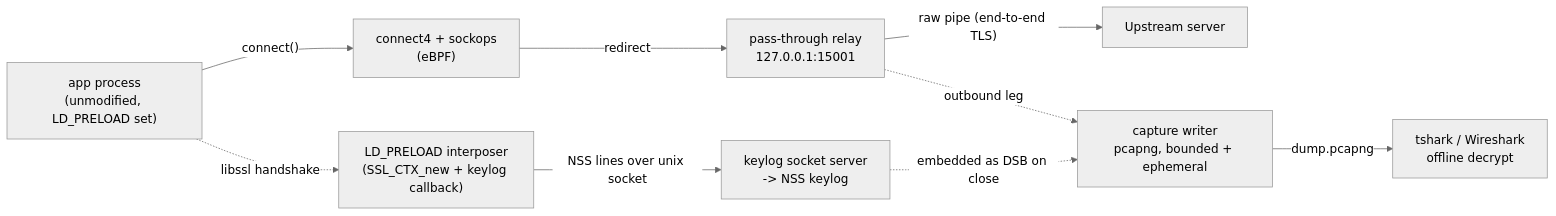
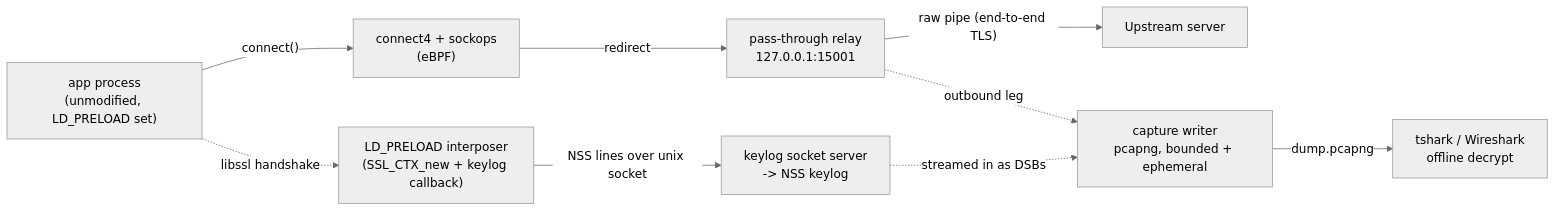
One commit to mesbrj/GO-eBPF-Proxy changed the first of 2 diagrams in README.md. Above: the diagram before and after it, drawn with Mermaid (neutral theme). The commit also changed other lines of this file and 4 other files, not shown here.

````diff
--- a/README.md
+++ b/README.md
@@ -48,11 +52,11 @@
 ```mermaid
 flowchart LR
     app["app process<br/>(unmodified, LD_PRELOAD set)"] -- "connect()" --> kern["connect4 + sockops<br/>(eBPF)"]
     kern -- "redirect" --> relay["pass-through relay<br/>127.0.0.1:15001"]
     relay -- "raw pipe (end-to-end TLS)" --> upstream["Upstream server"]
     relay -. "outbound leg" .-> capture["capture writer<br/>pcapng, bounded + ephemeral"]
     app -. "libssl handshake" .-> interposer["LD_PRELOAD interposer<br/>(SSL_CTX_new + keylog callback)"]
     interposer -- "NSS lines over unix socket" --> keylog["keylog socket server<br/>-> NSS keylog"]
-    keylog -. "embedded as DSB on close" .-> capture
+    keylog -. "streamed in as DSBs" .-> capture
     capture -- "dump.pcapng" --> tshark["tshark / Wireshark<br/>offline decrypt"]
 ```
````
